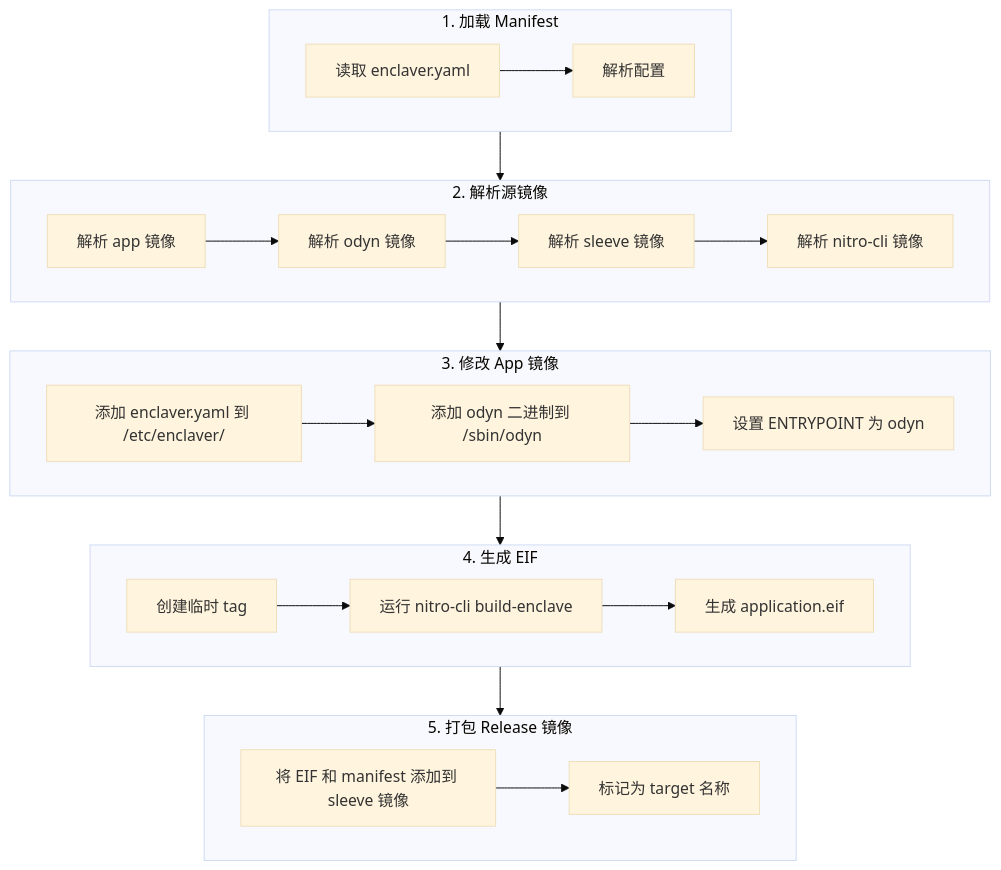
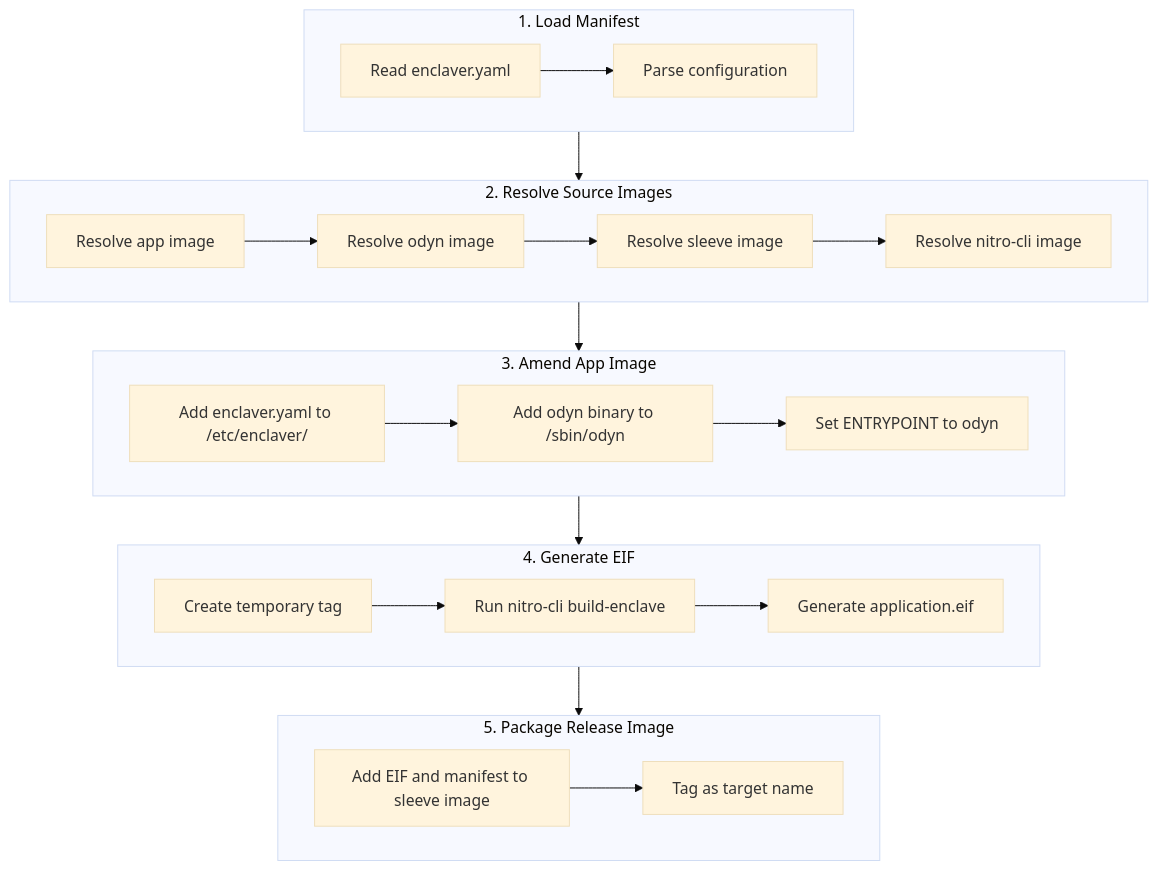
Before and after one commit to enclaver-io/enclaver: the first of 3 diagrams in docs/reproducible-enclaver-build.md, drawn with Mermaid (base theme). The commit also changed other lines of this file and 1 other file, not shown here.

````diff
--- a/docs/reproducible-enclaver-build.md
+++ b/docs/reproducible-enclaver-build.md
@@ -13,34 +13,34 @@
 ```mermaid
 flowchart TB
-    subgraph Step1["1. 加载 Manifest"]
-        A1["读取 enclaver.yaml"] --> A2["解析配置"]
+    subgraph Step1["1. Load Manifest"]
+        A1["Read enclaver.yaml"] --> A2["Parse configuration"]
     end
     
-    subgraph Step2["2. 解析源镜像"]
-        B1["解析 app 镜像"] --> B2["解析 odyn 镜像"]
-        B2 --> B3["解析 sleeve 镜像"]
-        B3 --> B4["解析 nitro-cli 镜像"]
+    subgraph Step2["2. Resolve Source Images"]
+        B1["Resolve app image"] --> B2["Resolve odyn image"]
+        B2 --> B3["Resolve sleeve image"]
+        B3 --> B4["Resolve nitro-cli image"]
     end
     
-    subgraph Step3["3. 修改 App 镜像"]
-        C1["添加 enclaver.yaml 到 /etc/enclaver/"]
-        C2["添加 odyn 二进制到 /sbin/odyn"]
-        C3["设置 ENTRYPOINT 为 odyn"]
+    subgraph Step3["3. Amend App Image"]
+        C1["Add enclaver.yaml to /etc/enclaver/"]
+        C2["Add odyn binary to /sbin/odyn"]
+        C3["Set ENTRYPOINT to odyn"]
         C1 --> C2 --> C3
     end
     
-    subgraph Step4["4. 生成 EIF"]
-        D1["创建临时 tag"]
-        D2["运行 nitro-cli build-enclave"]
-        D3["生成 application.eif"]
+    subgraph Step4["4. Generate EIF"]
+        D1["Create temporary tag"]
+        D2["Run nitro-cli build-enclave"]
+        D3["Generate application.eif"]
         D1 --> D2 --> D3
     end
     
-    subgraph Step5["5. 打包 Release 镜像"]
-        E1["将 EIF 和 manifest 添加到 sleeve 镜像"]
-        E2["标记为 target 名称"]
+    subgraph Step5["5. Package Release Image"]
+        E1["Add EIF and manifest to sleeve image"]
+        E2["Tag as target name"]
         E1 --> E2
     end
     
     Step1 --> Step2 --> Step3 --> Step4 --> Step5
 ```
````
